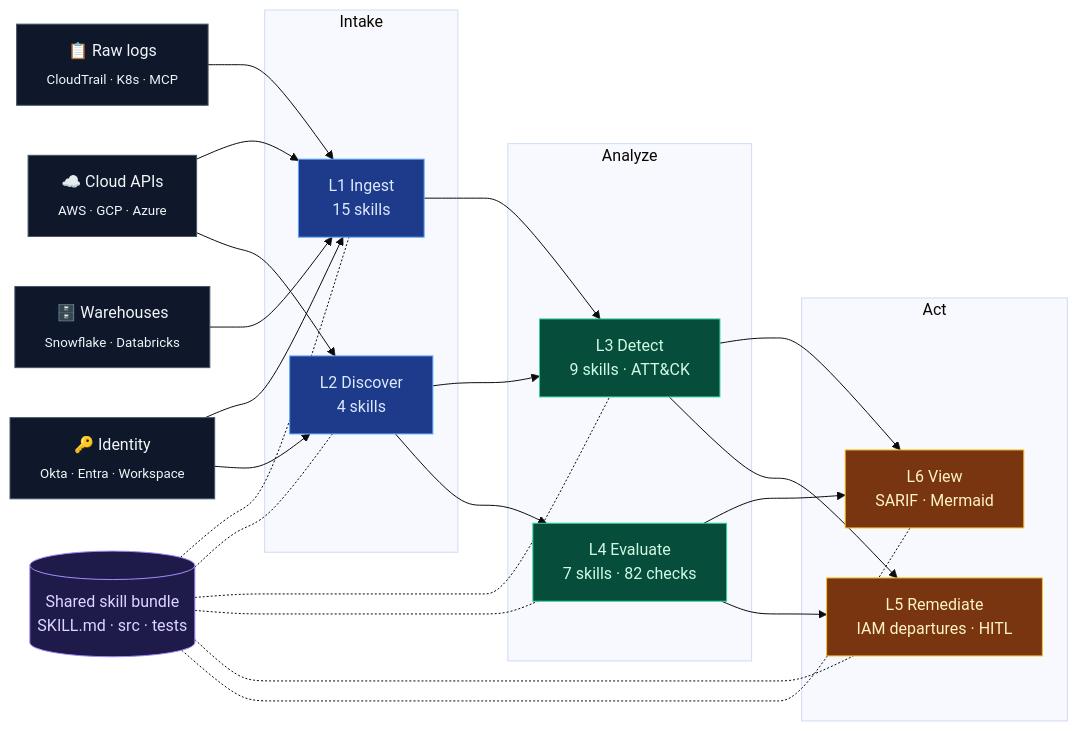
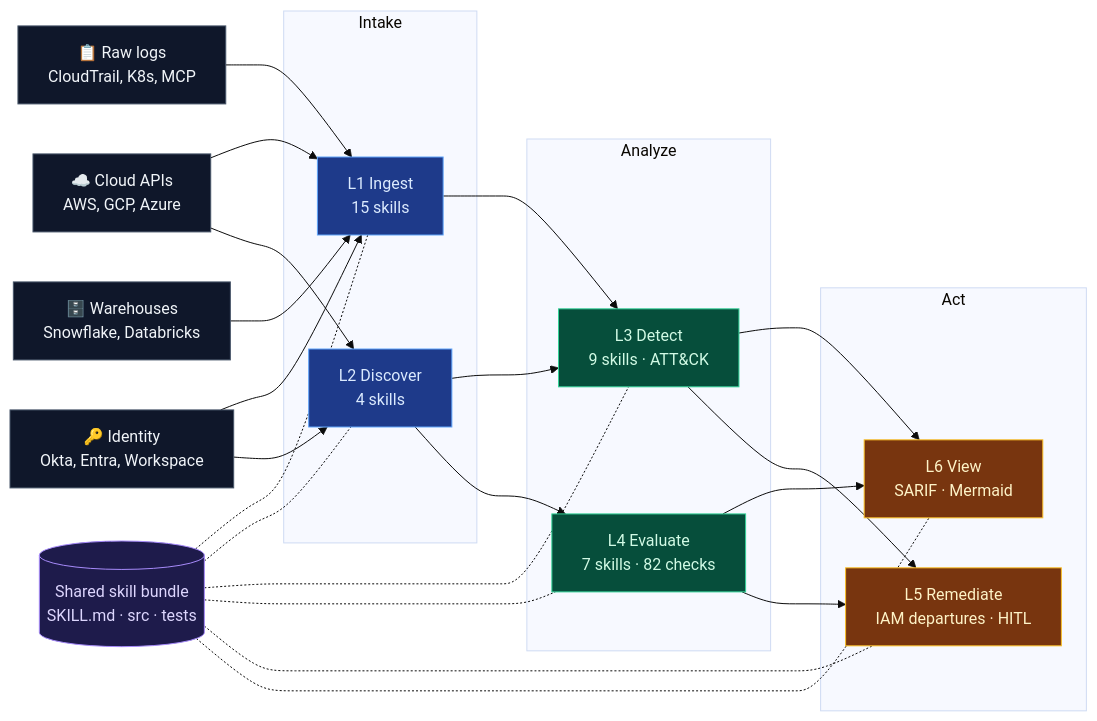
Before and after one commit to msaad00/cloud-ai-security-skills: the first of 2 diagrams in README.md, drawn with Mermaid (base theme). The commit also changed other lines of this file, not shown here.

Commit message:
fix(docs): drop <sub> tags from README mermaid, fix dark-mode clipping
GitHub's mermaid renderer on dark theme measures node width from the first
line and then clips any smaller-font <sub> subline that is wider. In the
architecture diagram this meant:
- "CloudTrail · K8s · MCP" rendered as "CloudTrail · K8s · /"
- "AWS · GCP · Azure" rendered as "AWS · GCP · Azu"
- "Snowflake · Databricks" rendered as "Snowflake · Databr"
- "Okta · Entra · Workspace" rendered as "Okta · Entra · Worksp"

Fix: replace <br/><sub>...</sub> with <br/>... on full-size text. Mermaid
now sizes the node from the actual text width. Also swap " · " separators
for commas inside the sub-lines for extra visual breathing room in narrow
nodes.

Second mermaid (agent + runtime surfaces): same pattern on the MCP server
node label.

Part of P0 action plan from the multi-dimensional audit. Visuals refresh to
a canonical SVG is tracked separately in #248.

````diff
--- a/README.md
+++ b/README.md
@@ -35,50 +35,50 @@
 ```mermaid
 flowchart LR
     classDef signal fill:#0f172a,stroke:#475569,color:#f1f5f9
     classDef intake fill:#1e3a8a,stroke:#60a5fa,color:#dbeafe
     classDef analyze fill:#064e3b,stroke:#34d399,color:#d1fae5
     classDef act fill:#78350f,stroke:#fbbf24,color:#fef3c7
     classDef bundle fill:#1e1b4b,stroke:#a78bfa,color:#ddd6fe
 
-    cloud["☁️ Cloud APIs<br/><sub>AWS · GCP · Azure</sub>"]:::signal
-    logs["📋 Raw logs<br/><sub>CloudTrail · K8s · MCP</sub>"]:::signal
-    idp["🔑 Identity<br/><sub>Okta · Entra · Workspace</sub>"]:::signal
-    lake["🗄️ Warehouses<br/><sub>Snowflake · Databricks</sub>"]:::signal
+    cloud["☁️ Cloud APIs<br/>AWS, GCP, Azure"]:::signal
+    logs["📋 Raw logs<br/>CloudTrail, K8s, MCP"]:::signal
+    idp["🔑 Identity<br/>Okta, Entra, Workspace"]:::signal
+    lake["🗄️ Warehouses<br/>Snowflake, Databricks"]:::signal
 
     subgraph Intake
         ingest["L1 Ingest<br/>15 skills"]:::intake
         discover["L2 Discover<br/>4 skills"]:::intake
     end
     subgraph Analyze
         detect["L3 Detect<br/>9 skills · ATT&amp;CK"]:::analyze
         evaluate["L4 Evaluate<br/>7 skills · 82 checks"]:::analyze
     end
     subgraph Act
         remediate["L5 Remediate<br/>IAM departures · HITL"]:::act
         view["L6 View<br/>SARIF · Mermaid"]:::act
     end
 
     bundle[("Shared skill bundle<br/>SKILL.md · src · tests")]:::bundle
 
     cloud --> ingest
     cloud --> discover
     logs --> ingest
     idp --> ingest
     idp --> discover
     lake --> ingest
 
     ingest --> detect
     discover --> detect
     discover --> evaluate
     detect --> view
     detect --> remediate
     evaluate --> view
     evaluate --> remediate
 
     bundle -.- ingest
     bundle -.- discover
     bundle -.- detect
     bundle -.- evaluate
     bundle -.- remediate
     bundle -.- view
 ```
````
